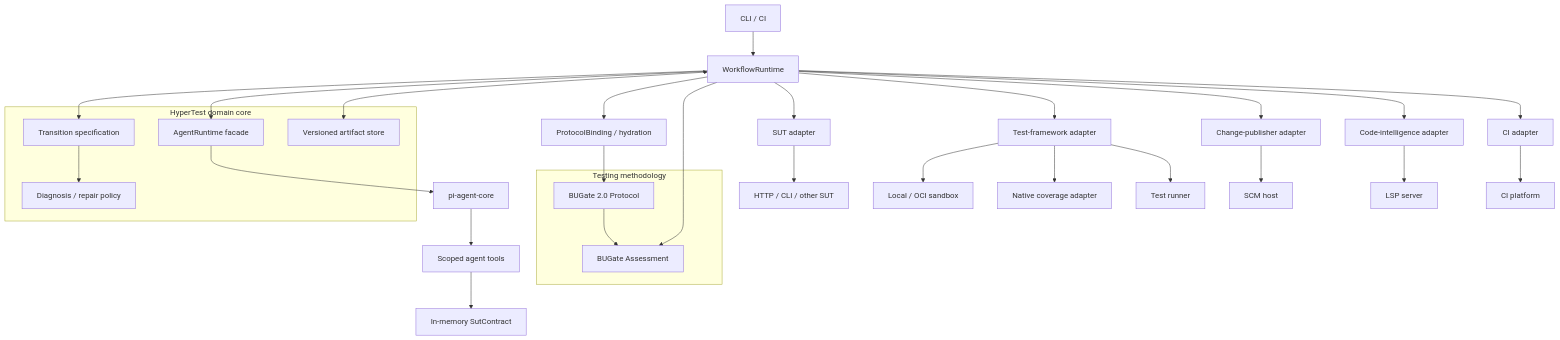
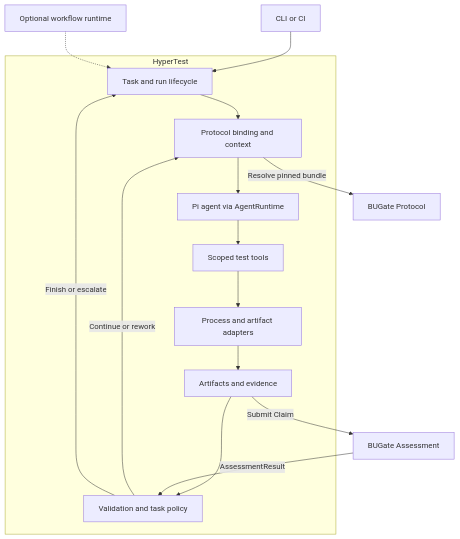
One commit to ZhangLiangchen/hypertest changed the diagram in docs/architecture.md. Above: the diagram before and after it, drawn with Mermaid. The commit also changed other lines of this file and 14 other files, not shown here.

First line of the commit message:
docs: prioritize Pi-based test-agent development

````diff
--- a/docs/architecture.md
+++ b/docs/architecture.md
@@ -26,43 +31,18 @@
 ```mermaid
 flowchart TB
-  Entry[CLI / CI] --> Flow[WorkflowRuntime]
-
-  subgraph Methodology[Testing methodology]
-    Protocol[BUGate 2.0 Protocol]
-    Assess[BUGate Assessment]
-    Protocol --> Assess
+  Entry[CLI or CI] --> Task[Task and run lifecycle]
+  subgraph HyperTest[HyperTest]
+    Task --> Bind[Protocol binding and context]
+    Bind --> Agent[Pi agent via AgentRuntime]
+    Agent --> Tools[Scoped test tools]
+    Tools --> Adapters[Process and artifact adapters]
+    Adapters --> Store[Artifacts and evidence]
+    Store --> Policy[Validation and task policy]
+    Policy -->|Continue or rework| Bind
+    Policy -->|Finish or escalate| Task
   end
-
-  subgraph CoreBox[HyperTest domain core]
-    Spec[Transition specification]
-    Runtime[AgentRuntime facade]
-    Store[Versioned artifact store]
-    Policy[Diagnosis / repair policy]
-    Spec --> Policy
-  end
-
-  Flow --> Spec
-  Flow --> Runtime
-  Flow <--> Store
-  Flow --> Bind[ProtocolBinding / hydration]
-  Bind --> Protocol
-  Flow --> Assess
-
-  Runtime --> Pi[pi-agent-core]
-  Pi --> PlannerTools[Scoped agent tools]
-  PlannerTools --> Contract[In-memory SutContract]
-
-  Flow --> Sut[SUT adapter]
-  Flow --> Test[Test-framework adapter]
-  Flow --> SCM[Change-publisher adapter]
-  Flow --> Code[Code-intelligence adapter]
-  Flow --> CI[CI adapter]
-  Test --> Sandbox[Local / OCI sandbox]
-  Test --> Coverage[Native coverage adapter]
-
-  Sut --> Target[HTTP / CLI / other SUT]
-  Test --> Runner[Test runner]
-  Code --> LSP[LSP server]
-  CI --> Platform[CI platform]
-  SCM --> Host[SCM host]
+  Bind -->|Resolve pinned bundle| Protocol[BUGate Protocol]
+  Store -->|Submit Claim| Assess[BUGate Assessment]
+  Assess -->|AssessmentResult| Policy
+  Optional[Optional workflow runtime] -.-> Task
 ```
````
